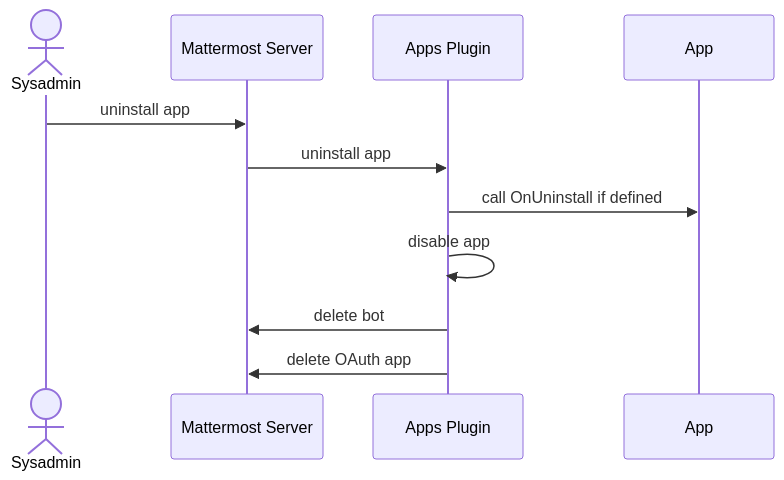
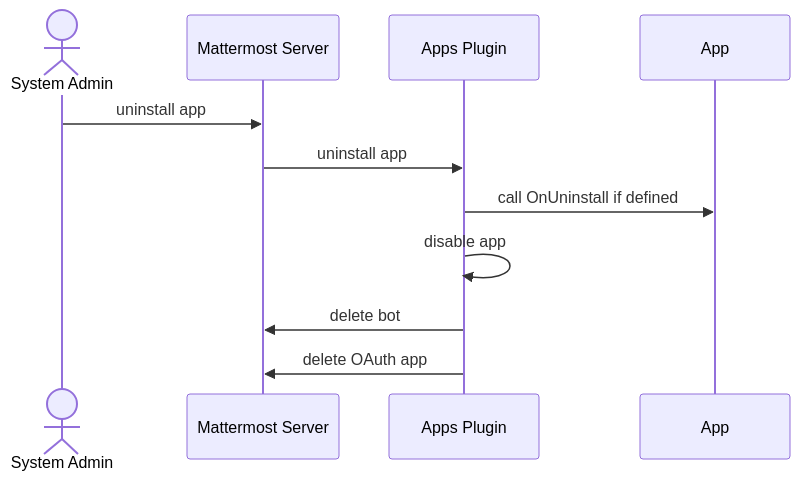
The second of 2 diagrams in site/content/integrate/apps/lifecycle/_index.md (mattermost/mattermost-developer-documentation), drawn with Mermaid before and after one commit. The commit also changed other lines of this file and 1 other file, not shown here.

```diff
--- a/site/content/integrate/apps/lifecycle/_index.md
+++ b/site/content/integrate/apps/lifecycle/_index.md
@@ -58,10 +58,10 @@
 {{<mermaid>}}
 sequenceDiagram
-    actor Sysadmin
-    Sysadmin->>Mattermost Server: uninstall app
+    actor System Admin
+    System Admin->>Mattermost Server: uninstall app
     Mattermost Server->>Apps Plugin: uninstall app
     Apps Plugin->>App: call OnUninstall if defined
     Apps Plugin->>Apps Plugin: disable app
     Apps Plugin->>Mattermost Server: delete bot
     Apps Plugin->>Mattermost Server: delete OAuth app
 {{</mermaid>}}
```
